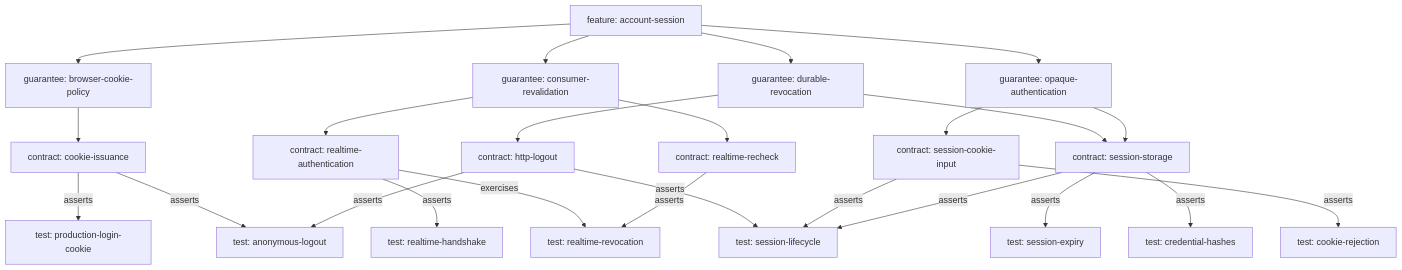
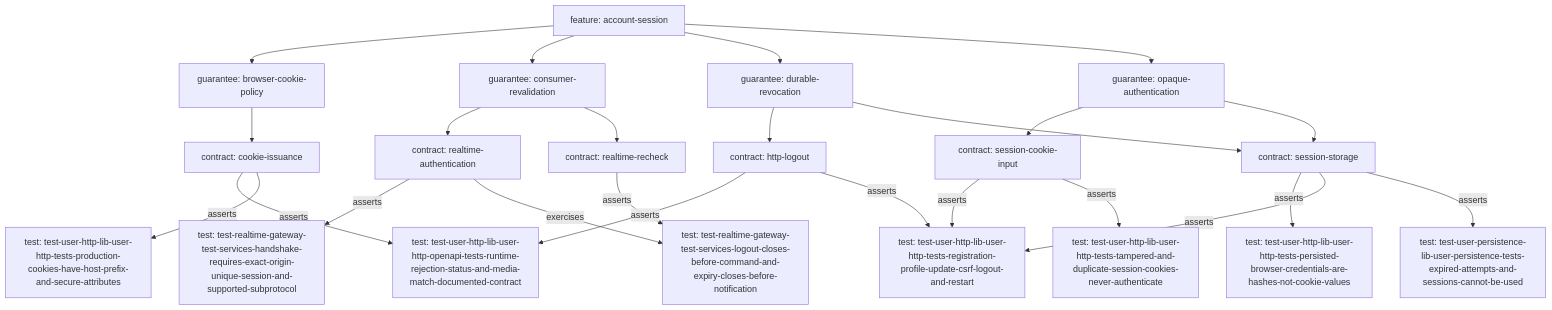
Before and after one commit to take44444/shogi-backend: the diagram in docs/reference/traceability/account-session.md, drawn with Mermaid. The commit also changed other lines of this file and 408 other files, not shown here.

````diff
--- a/docs/reference/traceability/account-session.md
+++ b/docs/reference/traceability/account-session.md
@@ -33,45 +33,45 @@
 ```mermaid
 flowchart TD
     n0["feature: account-session"]
     n1["guarantee: browser-cookie-policy"]
     n2["guarantee: consumer-revalidation"]
     n3["guarantee: durable-revocation"]
     n4["guarantee: opaque-authentication"]
     n5["contract: cookie-issuance"]
     n6["contract: http-logout"]
     n7["contract: realtime-authentication"]
     n8["contract: realtime-recheck"]
     n9["contract: session-cookie-input"]
     n10["contract: session-storage"]
-    n11["test: anonymous-logout"]
-    n12["test: cookie-rejection"]
-    n13["test: credential-hashes"]
-    n14["test: production-login-cookie"]
-    n15["test: realtime-handshake"]
-    n16["test: realtime-revocation"]
-    n17["test: session-expiry"]
-    n18["test: session-lifecycle"]
+    n11["test: test-realtime-gateway-test-services-handshake-requires-exact-origin-unique-session-and-supported-subprotocol"]
+    n12["test: test-realtime-gateway-test-services-logout-closes-before-command-and-expiry-closes-before-notification"]
+    n13["test: test-user-http-lib-user-http-openapi-tests-runtime-rejection-status-and-media-match-documented-contract"]
+    n14["test: test-user-http-lib-user-http-tests-persisted-browser-credentials-are-hashes-not-cookie-values"]
+    n15["test: test-user-http-lib-user-http-tests-production-cookies-have-host-prefix-and-secure-attributes"]
+    n16["test: test-user-http-lib-user-http-tests-registration-profile-update-csrf-logout-and-restart"]
+    n17["test: test-user-http-lib-user-http-tests-tampered-and-duplicate-session-cookies-never-authenticate"]
+    n18["test: test-user-persistence-lib-user-persistence-tests-expired-attempts-and-sessions-cannot-be-used"]
     n0 --> n1
     n1 --> n5
     n0 --> n2
     n2 --> n7
     n2 --> n8
     n0 --> n3
     n3 --> n6
     n3 --> n10
     n0 --> n4
     n4 --> n9
     n4 --> n10
-    n5 -->|asserts| n14
-    n5 -->|asserts| n11
-    n6 -->|asserts| n18
-    n6 -->|asserts| n11
-    n7 -->|asserts| n15
-    n7 -->|exercises| n16
-    n8 -->|asserts| n16
-    n9 -->|asserts| n12
-    n9 -->|asserts| n18
-    n10 -->|asserts| n17
-    n10 -->|asserts| n13
+    n5 -->|asserts| n13
+    n5 -->|asserts| n15
+    n6 -->|asserts| n13
+    n6 -->|asserts| n16
+    n7 -->|asserts| n11
+    n7 -->|exercises| n12
+    n8 -->|asserts| n12
+    n9 -->|asserts| n16
+    n9 -->|asserts| n17
+    n10 -->|asserts| n14
+    n10 -->|asserts| n16
     n10 -->|asserts| n18
 ```
````
